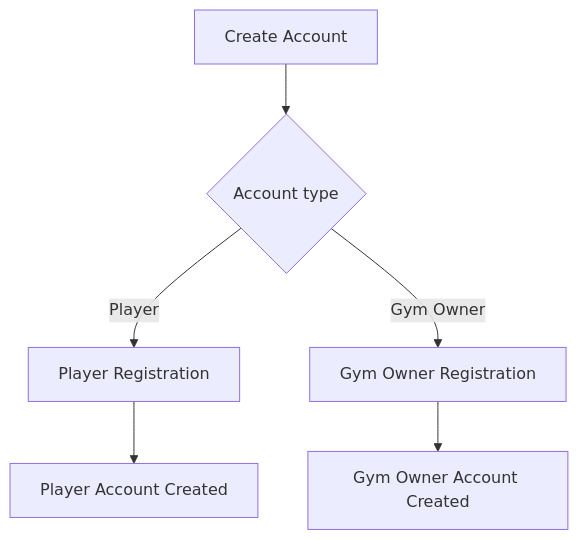
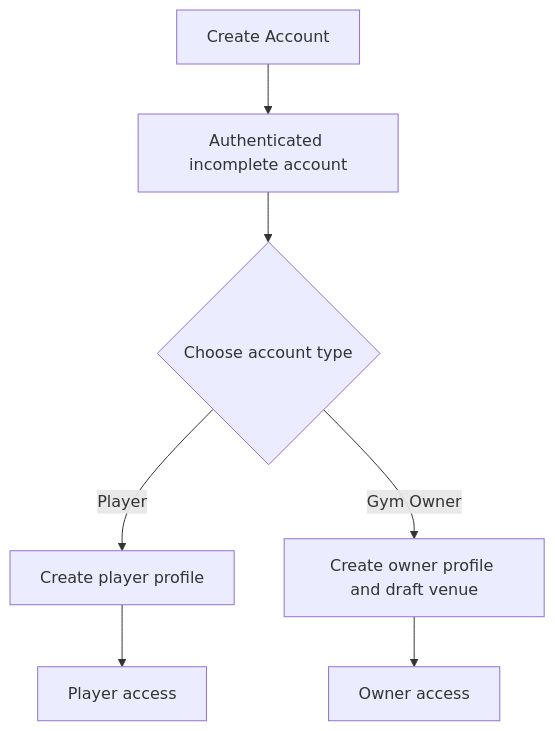
The first of 6 diagrams in docs/specs/authentication.md (5kydriven/sport-hub-api), drawn with Mermaid before and after one commit. The commit also changed other lines of this file and 29 other files, not shown here.

````diff
--- a/docs/specs/authentication.md
+++ b/docs/specs/authentication.md
@@ -135,11 +138,12 @@
 ```mermaid
 flowchart TD
     A[Create Account]
-    --> B{Account type}
+    --> B[Authenticated incomplete account]
+    --> C{Choose account type}
 
-    B -->|Player| C[Player Registration]
-    B -->|Gym Owner| D[Gym Owner Registration]
+    C -->|Player| D[Create player profile]
+    C -->|Gym Owner| E[Create owner profile and draft venue]
 
-    C --> E[Player Account Created]
-    D --> F[Gym Owner Account Created]
+    D --> F[Player access]
+    E --> G[Owner access]
 ```
````
